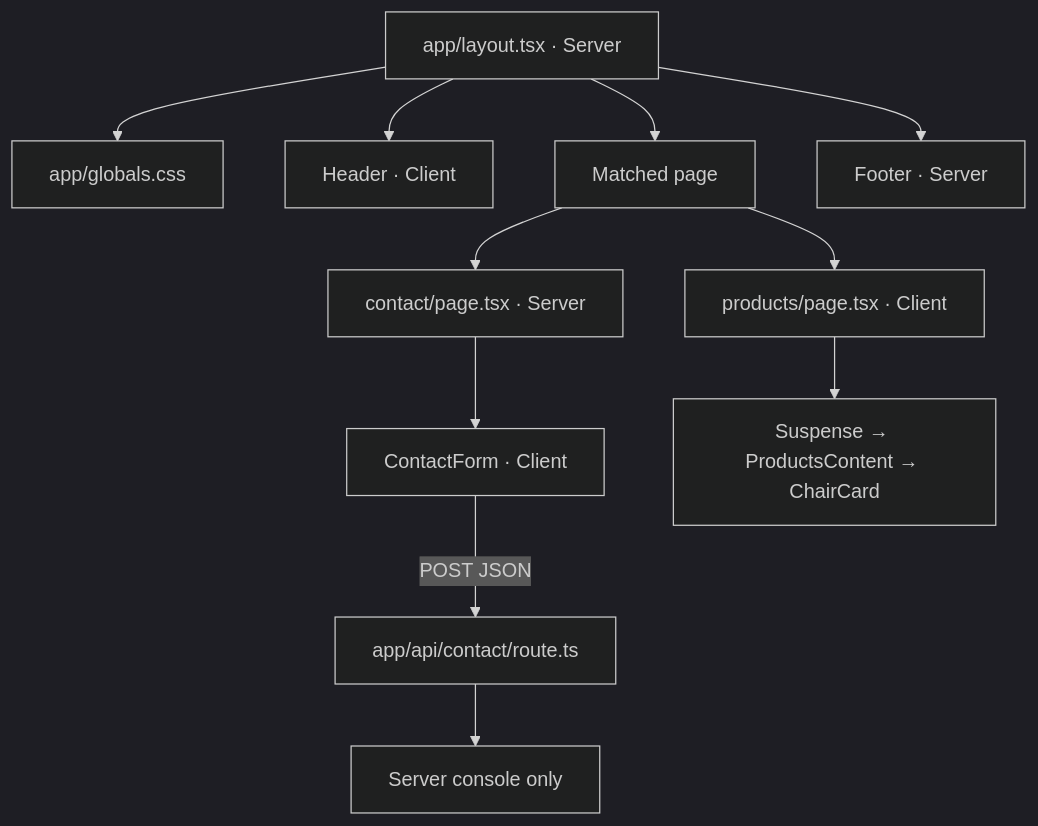
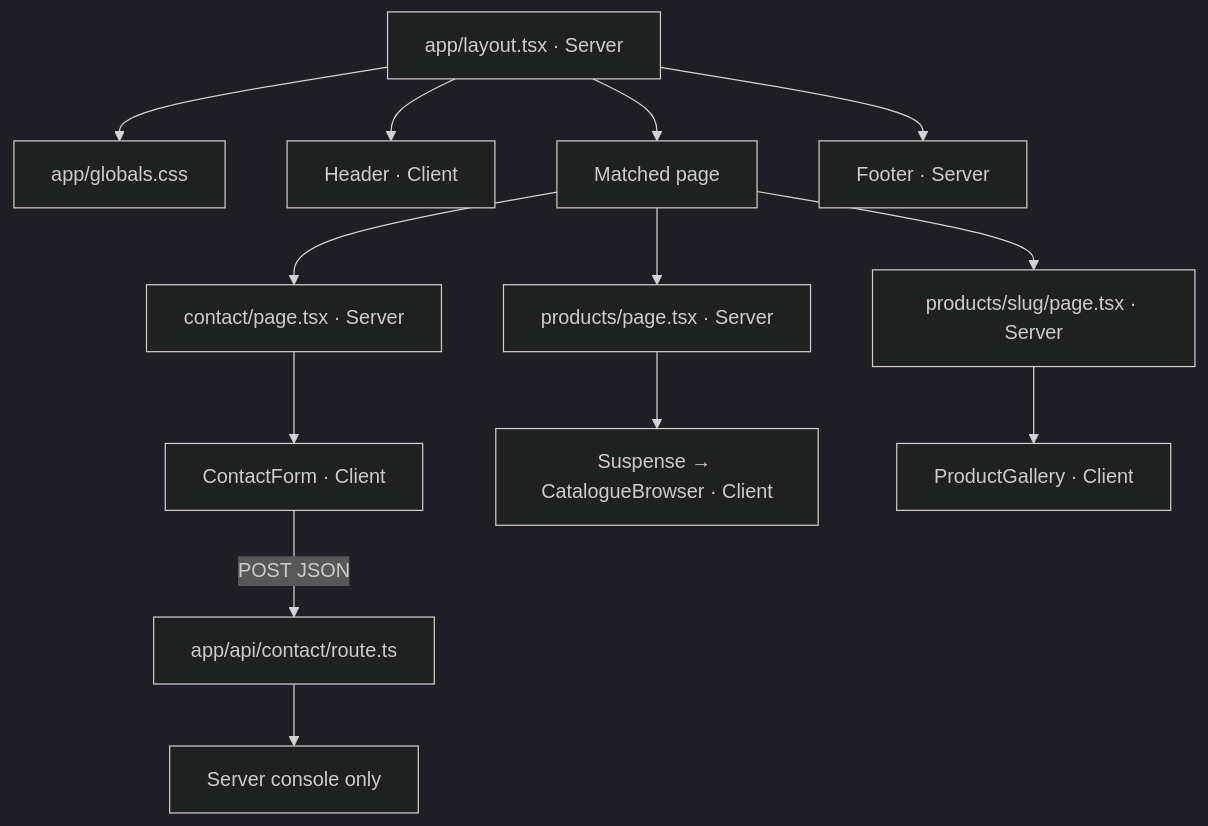
The diagram in docs/ai-development/architecture.md (selva1011/nws), drawn with Mermaid (dark theme) before and after one commit. The commit also changed other lines of this file and 22 other files, not shown here.

First line of the commit message:
feat: Implement catalogue refresh with new product details and UI enhancements

````diff
--- a/docs/ai-development/architecture.md
+++ b/docs/ai-development/architecture.md
@@ -7,13 +7,15 @@
 ```mermaid
 flowchart TD
   Layout[app/layout.tsx · Server] --> CSS[app/globals.css]
   Layout --> Header[Header · Client]
   Layout --> Pages[Matched page]
   Layout --> Footer[Footer · Server]
   Pages --> Contact[contact/page.tsx · Server]
   Contact --> Form[ContactForm · Client]
   Form -->|POST JSON| API[app/api/contact/route.ts]
   API --> Log[Server console only]
-  Pages --> Products[products/page.tsx · Client]
-  Products --> Suspense[Suspense → ProductsContent → ChairCard]
+  Pages --> Products[products/page.tsx · Server]
+  Products --> Suspense[Suspense → CatalogueBrowser · Client]
+  Pages --> Detail[products/slug/page.tsx · Server]
+  Detail --> Gallery[ProductGallery · Client]
 ```
````
